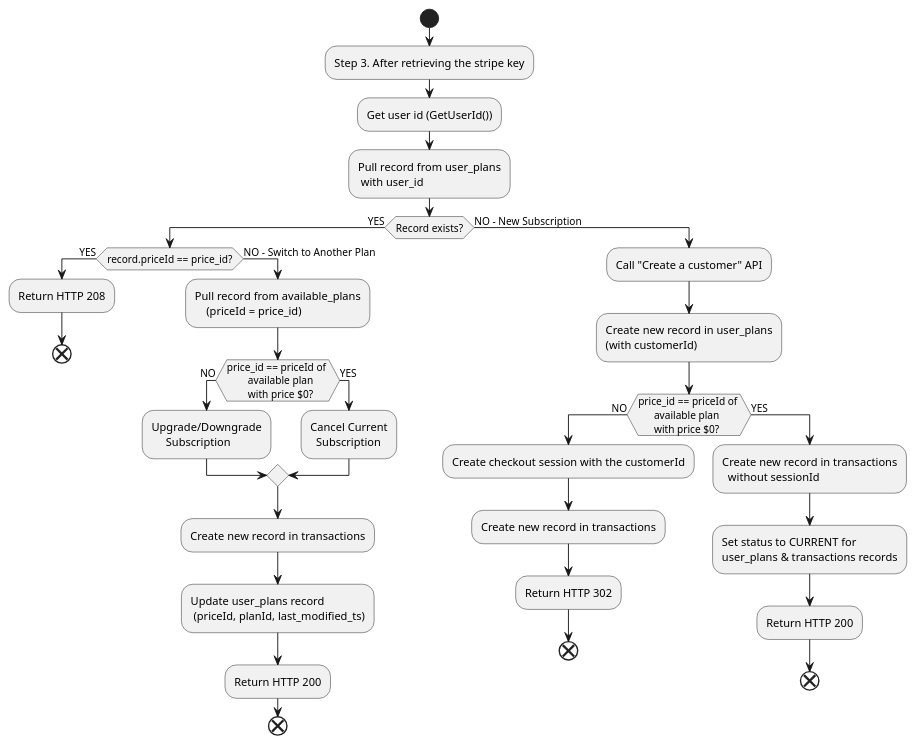
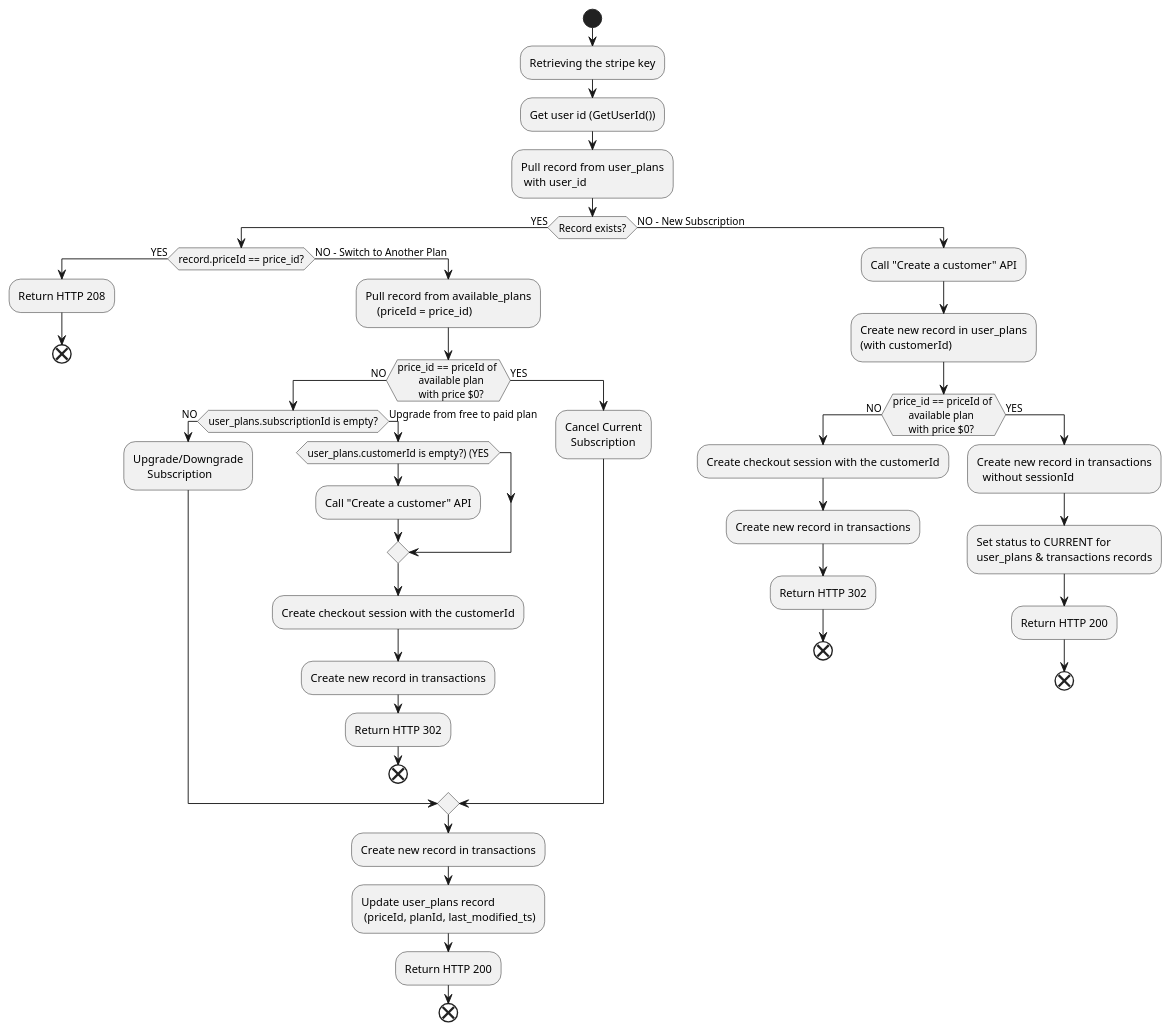
Before and after one commit to talentaz/subscription_manager: the second of 2 diagrams in README.md, drawn with PlantUML.

````diff
--- a/README.md
+++ b/README.md
@@ -117,50 +117,60 @@
 ```plantuml
 start
-:Step 3. After retrieving the stripe key;
+:Retrieving the stripe key;
 :Get user id (GetUserId());
 :Pull record from user_plans 
  with user_id;
 If (Record exists?) then (YES)
   If (record.priceId == price_id?) then (YES)
     :Return HTTP 208;
     end
     Else (NO - Switch to Another Plan)
       :Pull record from available_plans 
           (priceId = price_id);
       If (price_id == priceId of 
         available plan 
         with price $0?) then (NO)
-      :Upgrade/Downgrade 
-           Subscription;
+      If (user_plans.subscriptionId is empty?) then (NO)
+        :Upgrade/Downgrade 
+             Subscription;
+      Else (Upgrade from free to paid plan)
+        If (user_plans.customerId is empty?) (YES)
+          :Call "Create a customer" API;
+        Endif
+        :Create checkout session with the customerId;
+        :Create new record in transactions;
+        :Return HTTP 302;
+        end
+      Endif
     Else (YES)
       :Cancel Current 
         Subscription;
     EndIf
-    
     :Create new record in transactions;
     :Update user_plans record 
      (priceId, planId, last_modified_ts);
     :Return HTTP 200;
     end
   Endif
 Else (NO - New Subscription)
   :Call "Create a customer" API;
   :Create new record in user_plans 
   (with customerId);
   If (price_id == priceId of 
       available plan 
       with price $0?) then (NO)
     :Create checkout session with the customerId;
     :Create new record in transactions;
     :Return HTTP 302;
     end
   Else (YES)
     :Create new record in transactions
       without sessionId;
     :Set status to CURRENT for 
     user_plans & transactions records;
     :Return HTTP 200;
     end
   EndIf
 EndIf
+
 ```
````
